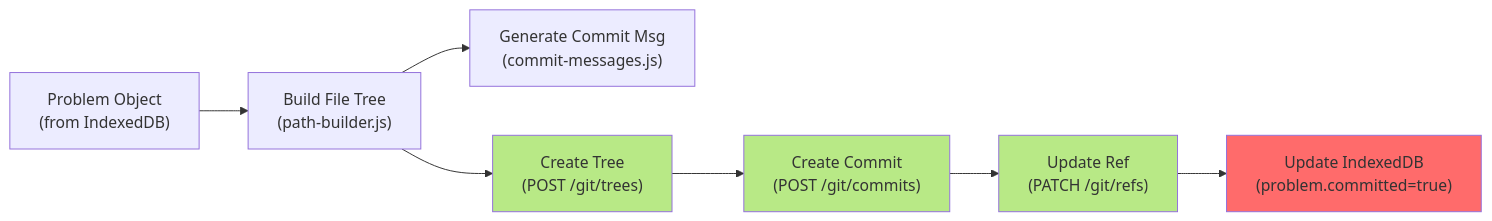
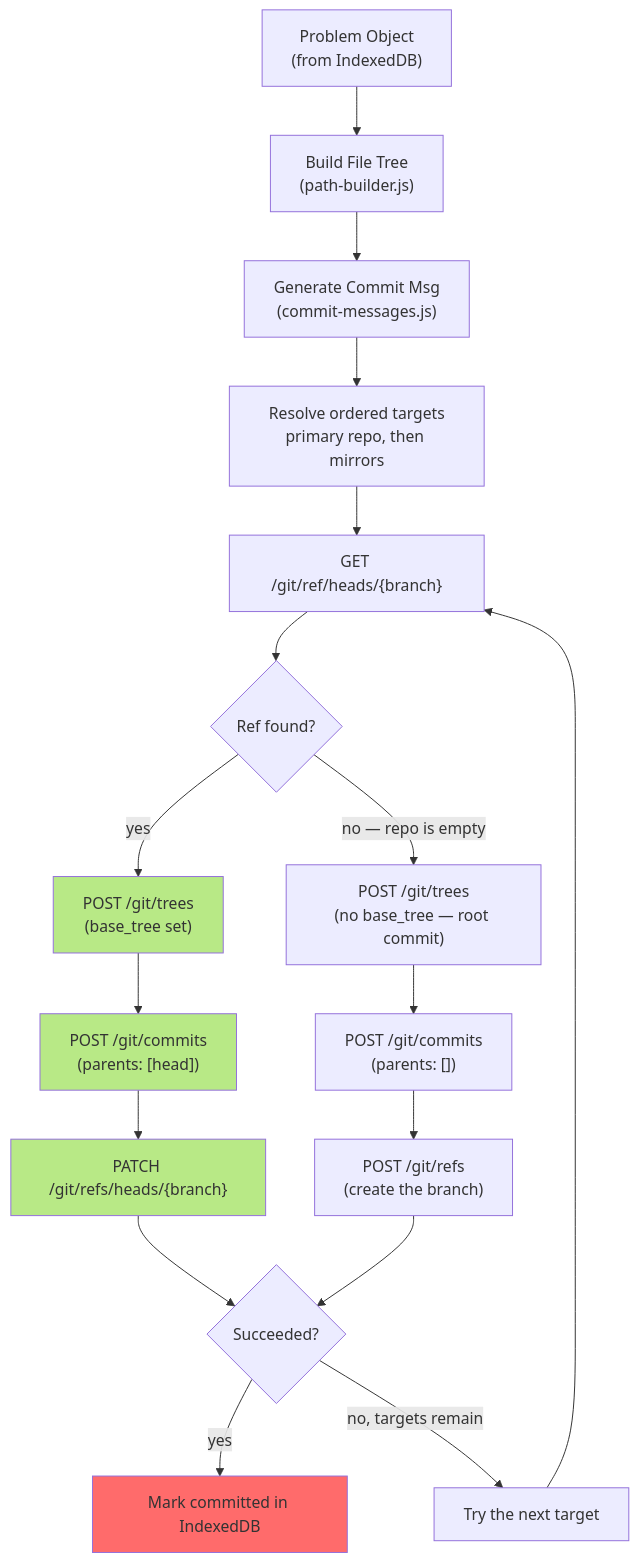
One commit to Life-Experimentalist/Code-Ledger changed the fourth of 8 diagrams in docs/architecture/system-architecture.md. Above: the diagram before and after it, drawn with Mermaid. The commit also changed other lines of this file and 3 other files, not shown here.

````diff
--- a/docs/architecture/system-architecture.md
+++ b/docs/architecture/system-architecture.md
@@ -374,18 +392,29 @@
 ```mermaid
-graph LR
+graph TB
     A["Problem Object<br/>(from IndexedDB)"]
     B["Build File Tree<br/>(path-builder.js)"]
     C["Generate Commit Msg<br/>(commit-messages.js)"]
-    D["Create Tree<br/>(POST /git/trees)"]
-    E["Create Commit<br/>(POST /git/commits)"]
-    F["Update Ref<br/>(PATCH /git/refs)"]
-    G["Update IndexedDB<br/>(problem.committed=true)"]
+    TGT["Resolve ordered targets<br/>primary repo, then mirrors"]
+    REF["GET /git/ref/heads/{branch}"]
+    EMPTY{"Ref found?"}
+    D["POST /git/trees<br/>(base_tree set)"]
+    D2["POST /git/trees<br/>(no base_tree — root commit)"]
+    E["POST /git/commits<br/>(parents: [head])"]
+    E2["POST /git/commits<br/>(parents: [])"]
+    F["PATCH /git/refs/heads/{branch}"]
+    F2["POST /git/refs<br/>(create the branch)"]
+    OK{"Succeeded?"}
+    NEXT["Try the next target"]
+    G["Mark committed in IndexedDB"]
 
-    A --> B --> C
-    B --> D --> E --> F --> G
+    A --> B --> C --> TGT --> REF --> EMPTY
+    EMPTY -->|yes| D --> E --> F --> OK
+    EMPTY -->|"no — repo is empty"| D2 --> E2 --> F2 --> OK
+    OK -->|yes| G
+    OK -->|"no, targets remain"| NEXT --> REF
 
     style D fill:#B8E986
     style E fill:#B8E986
     style F fill:#B8E986
     style G fill:#FF6B6B
 ```
````
